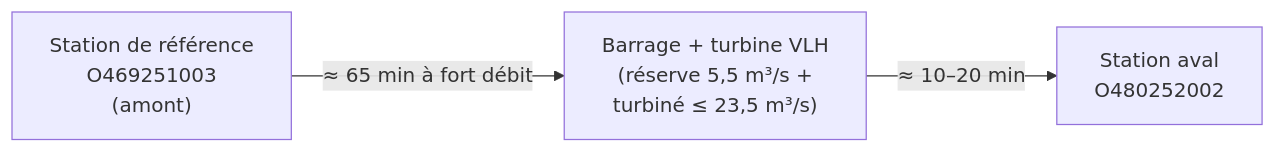
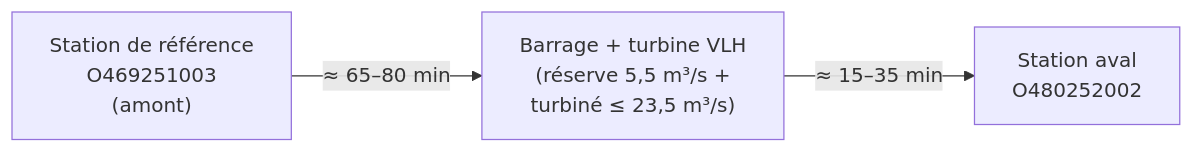
Before and after one commit to luniks/hydroflow: the second of 3 diagrams in docs/modele-turbine.md, drawn with Mermaid. The commit also changed other lines of this file and 23 other files, not shown here.

````diff
--- a/docs/modele-turbine.md
+++ b/docs/modele-turbine.md
@@ -39,5 +40,5 @@
 ```mermaid
 flowchart LR
-    R["Station de référence<br/>O469251003<br/>(amont)"] -- "≈ 65 min à fort débit" --> T["Barrage + turbine VLH<br/>(réserve 5,5 m³/s +<br/>turbiné ≤ 23,5 m³/s)"]
-    T -- "≈ 10–20 min" --> D["Station aval<br/>O480252002"]
+    R["Station de référence<br/>O469251003<br/>(amont)"] -- "≈ 65–80 min" --> T["Barrage + turbine VLH<br/>(réserve 5,5 m³/s +<br/>turbiné ≤ 23,5 m³/s)"]
+    T -- "≈ 15–35 min" --> D["Station aval<br/>O480252002"]
 ```
````
